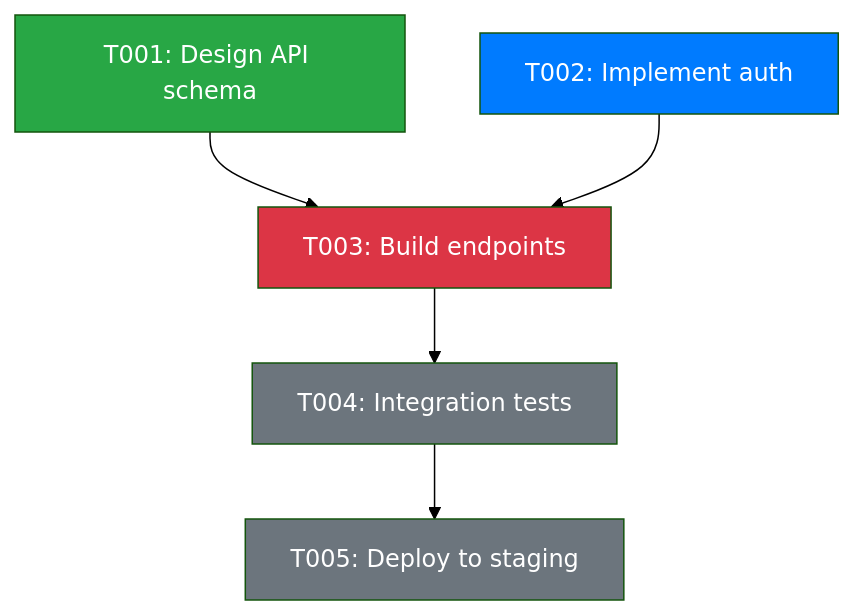
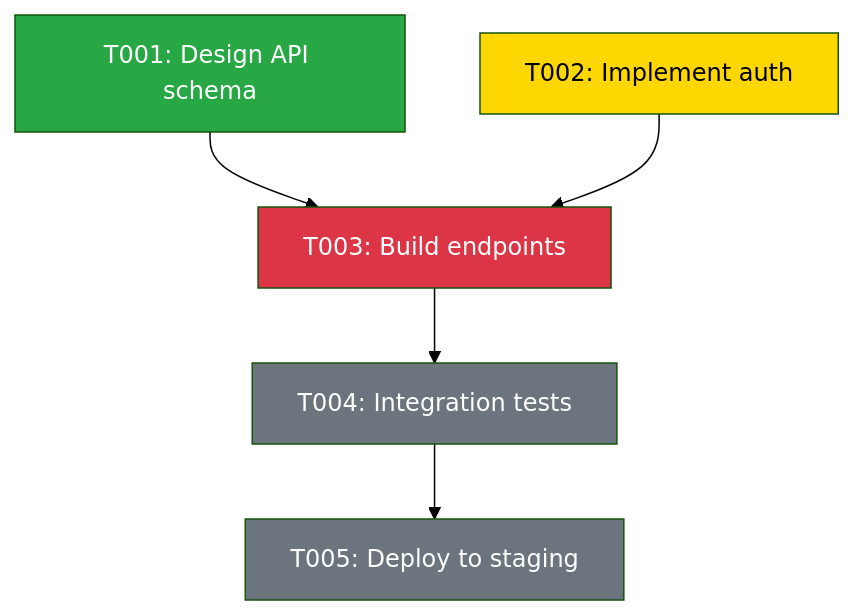
Before and after one commit to xemage/emage.code: the first of 3 diagrams in implementation/.claude/skills/dependency-graphing/SKILL.md, drawn with Mermaid (forest theme). The commit also changed other lines of this file and 142 other files, not shown here.

````diff
--- a/implementation/.claude/skills/dependency-graphing/SKILL.md
+++ b/implementation/.claude/skills/dependency-graphing/SKILL.md
@@ -42,19 +42,19 @@
 ```mermaid
 graph TD
     TASK_001["T001: Design API schema"]
     TASK_002["T002: Implement auth"]
     TASK_003["T003: Build endpoints"]
     TASK_004["T004: Integration tests"]
     TASK_005["T005: Deploy to staging"]
 
     TASK_001 --> TASK_003
     TASK_002 --> TASK_003
     TASK_003 --> TASK_004
     TASK_004 --> TASK_005
 
     style TASK_001 fill:#28a745,color:#fff
-    style TASK_002 fill:#007bff,color:#fff
+    style TASK_002 fill:#FFD700,color:#000
     style TASK_003 fill:#dc3545,color:#fff
     style TASK_004 fill:#6c757d,color:#fff
     style TASK_005 fill:#6c757d,color:#fff
 ```
````
